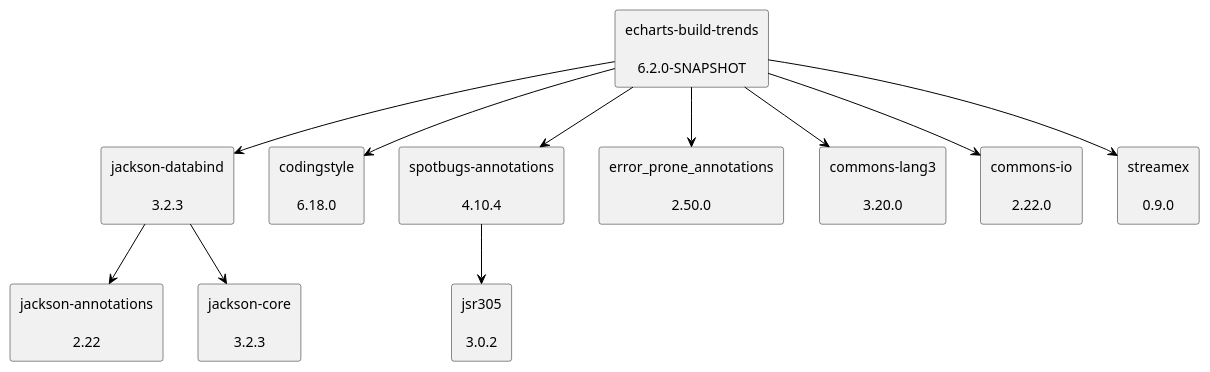
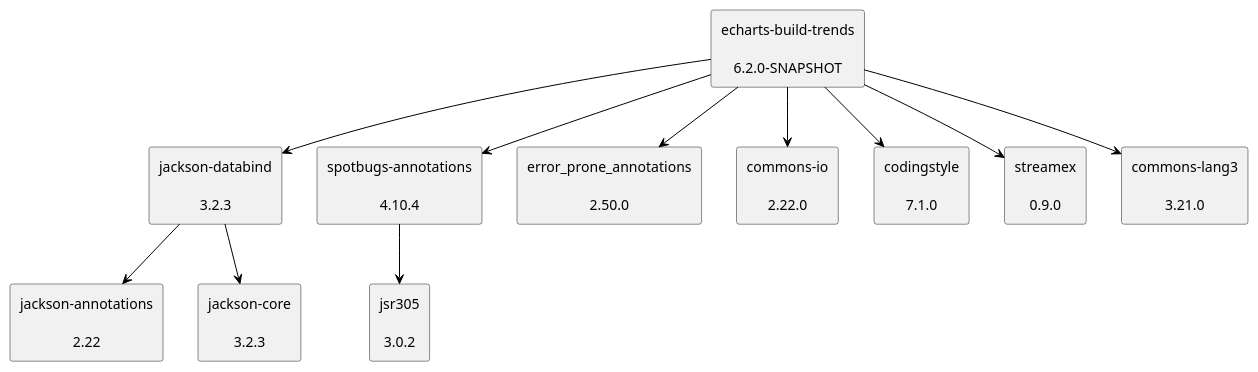
The diagram in doc/dependency-graph.puml (uhafner/echarts-build-trends), drawn with PlantUML before and after one commit.

Commit message:
Update dependency graph to latest versions from POM

```diff
--- a/doc/dependency-graph.puml
+++ b/doc/dependency-graph.puml
@@ -1,30 +1,30 @@
 @startuml
 skinparam defaultTextAlignment center
 skinparam rectangle {
   BackgroundColor<<optional>> beige
   BackgroundColor<<test>> lightGreen
   BackgroundColor<<runtime>> lightBlue
   BackgroundColor<<provided>> lightGray
 }
 rectangle "jackson-databind\n\n3.2.3" as tools_jackson_core_jackson_databind_jar
 rectangle "jackson-annotations\n\n2.22" as com_fasterxml_jackson_core_jackson_annotations_jar
 rectangle "jackson-core\n\n3.2.3" as tools_jackson_core_jackson_core_jar
 rectangle "echarts-build-trends\n\n6.2.0-SNAPSHOT" as edu_hm_hafner_echarts_build_trends_jar
-rectangle "codingstyle\n\n6.18.0" as edu_hm_hafner_codingstyle_jar
 rectangle "spotbugs-annotations\n\n4.10.4" as com_github_spotbugs_spotbugs_annotations_jar
 rectangle "jsr305\n\n3.0.2" as com_google_code_findbugs_jsr305_jar
 rectangle "error_prone_annotations\n\n2.50.0" as com_google_errorprone_error_prone_annotations_jar
-rectangle "commons-lang3\n\n3.20.0" as org_apache_commons_commons_lang3_jar
 rectangle "commons-io\n\n2.22.0" as commons_io_commons_io_jar
+rectangle "codingstyle\n\n7.1.0" as edu_hm_hafner_codingstyle_jar
 rectangle "streamex\n\n0.9.0" as one_util_streamex_jar
+rectangle "commons-lang3\n\n3.21.0" as org_apache_commons_commons_lang3_jar
 tools_jackson_core_jackson_databind_jar -[#000000]-> com_fasterxml_jackson_core_jackson_annotations_jar
 tools_jackson_core_jackson_databind_jar -[#000000]-> tools_jackson_core_jackson_core_jar
 edu_hm_hafner_echarts_build_trends_jar -[#000000]-> tools_jackson_core_jackson_databind_jar
-edu_hm_hafner_echarts_build_trends_jar -[#000000]-> edu_hm_hafner_codingstyle_jar
 com_github_spotbugs_spotbugs_annotations_jar -[#000000]-> com_google_code_findbugs_jsr305_jar
 edu_hm_hafner_echarts_build_trends_jar -[#000000]-> com_github_spotbugs_spotbugs_annotations_jar
 edu_hm_hafner_echarts_build_trends_jar -[#000000]-> com_google_errorprone_error_prone_annotations_jar
+edu_hm_hafner_echarts_build_trends_jar -[#000000]-> commons_io_commons_io_jar
+edu_hm_hafner_echarts_build_trends_jar -[#000000]-> edu_hm_hafner_codingstyle_jar
+edu_hm_hafner_echarts_build_trends_jar -[#000000]-> one_util_streamex_jar
 edu_hm_hafner_echarts_build_trends_jar -[#000000]-> org_apache_commons_commons_lang3_jar
-edu_hm_hafner_echarts_build_trends_jar -[#000000]-> commons_io_commons_io_jar
-edu_hm_hafner_echarts_build_trends_jar -[#000000]-> one_util_streamex_jar
 @enduml
```
